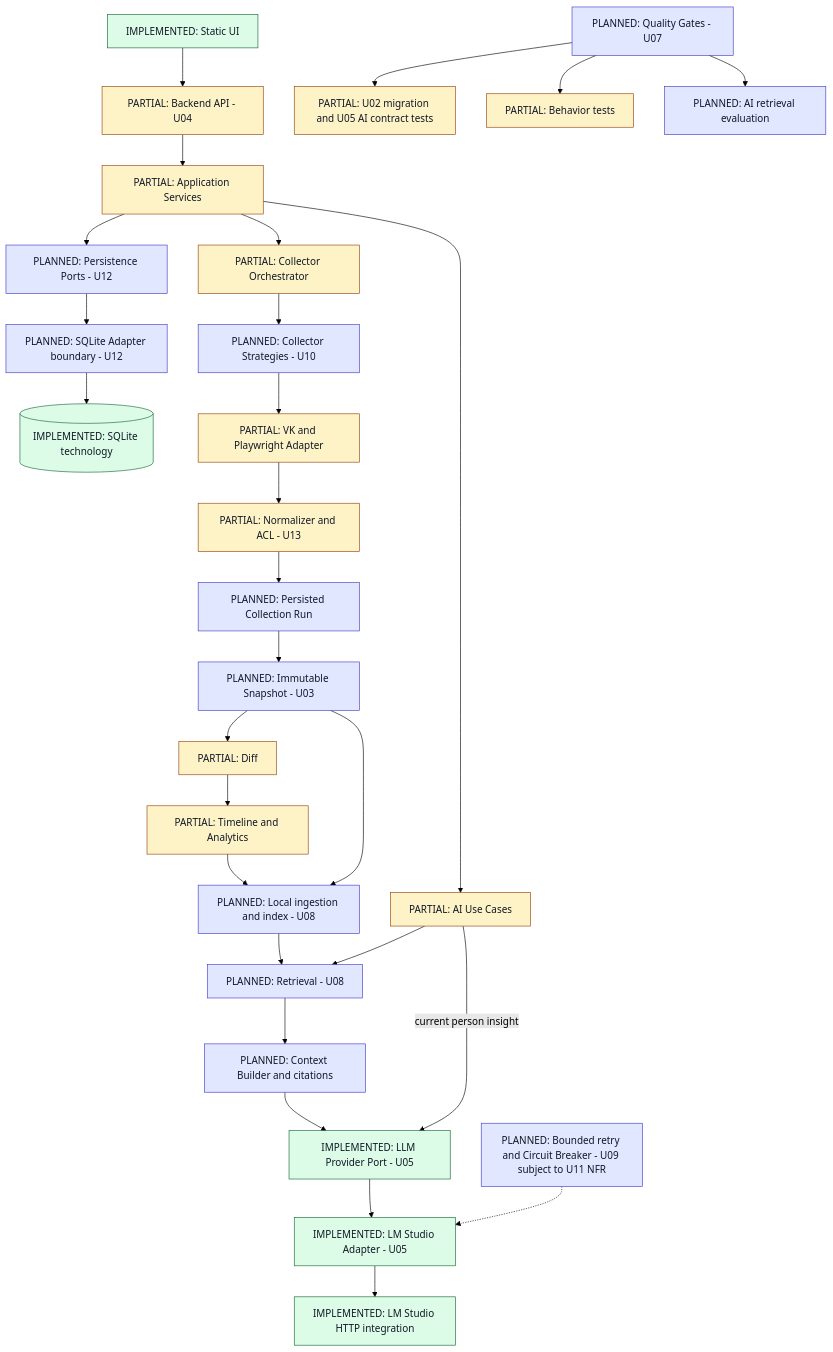
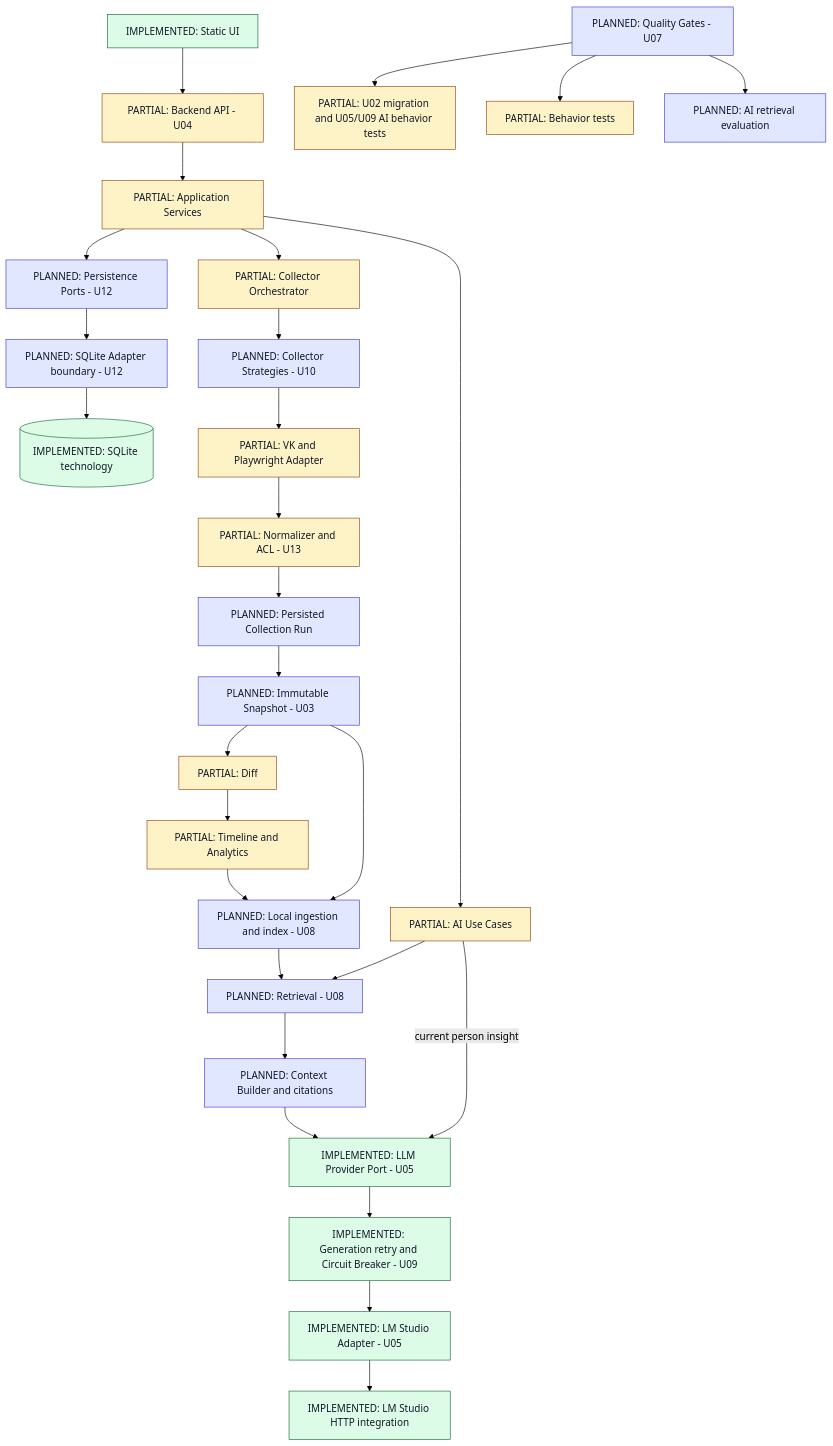
The diagram in docs/certification/C4_TARGET.md (morshchagin-ivan/vk_social_radar), drawn with Mermaid (forest theme) before and after one commit. The commit also changed other lines of this file and 18 other files, not shown here.

Commit message:
feat(ai): add bounded LLM resilience

````diff
--- a/docs/certification/C4_TARGET.md
+++ b/docs/certification/C4_TARGET.md
@@ -7,36 +7,36 @@
 ```mermaid
 flowchart TD
   UI["IMPLEMENTED: Static UI"] --> API["PARTIAL: Backend API - U04"]
   API --> App["PARTIAL: Application Services"]
   App --> Ports["PLANNED: Persistence Ports - U12"]
   Ports --> SQLAdapter["PLANNED: SQLite Adapter boundary - U12"]
   SQLAdapter --> DB[("IMPLEMENTED: SQLite technology")]
   App --> Orchestrator["PARTIAL: Collector Orchestrator"]
   Orchestrator --> Strategies["PLANNED: Collector Strategies - U10"]
   Strategies --> VKAdapter["PARTIAL: VK and Playwright Adapter"]
   VKAdapter --> ACL["PARTIAL: Normalizer and ACL - U13"]
   ACL --> Run["PLANNED: Persisted Collection Run"]
   Run --> Snapshot["PLANNED: Immutable Snapshot - U03"]
   Snapshot --> Diff["PARTIAL: Diff"]
   Diff --> Analytics["PARTIAL: Timeline and Analytics"]
   Snapshot --> Index["PLANNED: Local ingestion and index - U08"]
   Analytics --> Index
   App --> AI["PARTIAL: AI Use Cases"]
   AI --> Retrieval["PLANNED: Retrieval - U08"]
   Index --> Retrieval
   Retrieval --> Context["PLANNED: Context Builder and citations"]
   Context --> Provider["IMPLEMENTED: LLM Provider Port - U05"]
   AI -->|"current person insight"| Provider
-  Provider --> LMAdapter["IMPLEMENTED: LM Studio Adapter - U05"]
+  Provider --> Resilience["IMPLEMENTED: Generation retry and Circuit Breaker - U09"]
+  Resilience --> LMAdapter["IMPLEMENTED: LM Studio Adapter - U05"]
   LMAdapter --> LM["IMPLEMENTED: LM Studio HTTP integration"]
-  Resilience["PLANNED: Bounded retry and Circuit Breaker - U09 subject to U11 NFR"] -.-> LMAdapter
-  Gates["PLANNED: Quality Gates - U07"] --> ContractGate["PARTIAL: U02 migration and U05 AI contract tests"]
+  Gates["PLANNED: Quality Gates - U07"] --> ContractGate["PARTIAL: U02 migration and U05/U09 AI behavior tests"]
   Gates --> TestGate["PARTIAL: Behavior tests"]
   Gates --> Eval["PLANNED: AI retrieval evaluation"]
   classDef implemented fill:#dcfce7,stroke:#166534,color:#111827
   classDef partial fill:#fef3c7,stroke:#92400e,color:#111827
   classDef planned fill:#e0e7ff,stroke:#4338ca,color:#111827
-  class UI,DB,LM,Provider,LMAdapter implemented
+  class UI,DB,LM,Provider,LMAdapter,Resilience implemented
   class API,App,Orchestrator,VKAdapter,ACL,Diff,Analytics,AI,TestGate,ContractGate partial
-  class Ports,SQLAdapter,Strategies,Run,Snapshot,Index,Retrieval,Context,Resilience,Gates,Eval planned
+  class Ports,SQLAdapter,Strategies,Run,Snapshot,Index,Retrieval,Context,Gates,Eval planned
 ```
````
